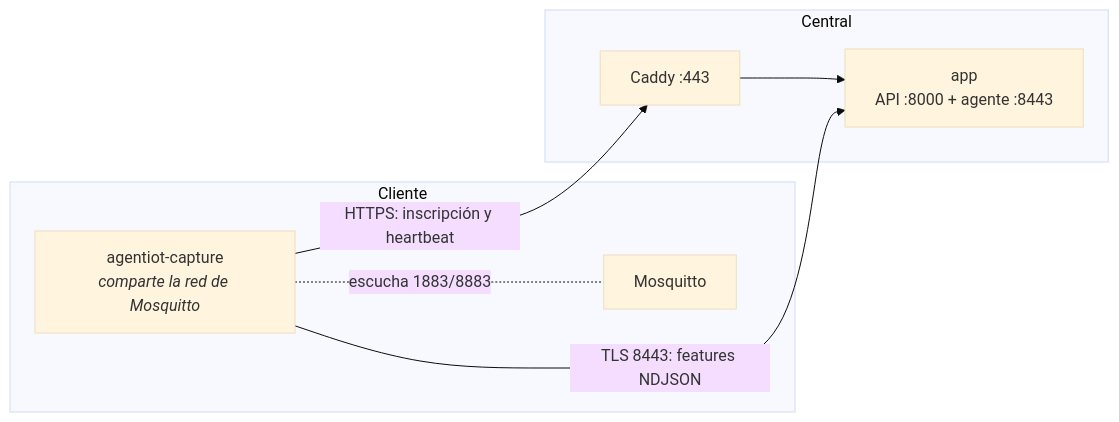
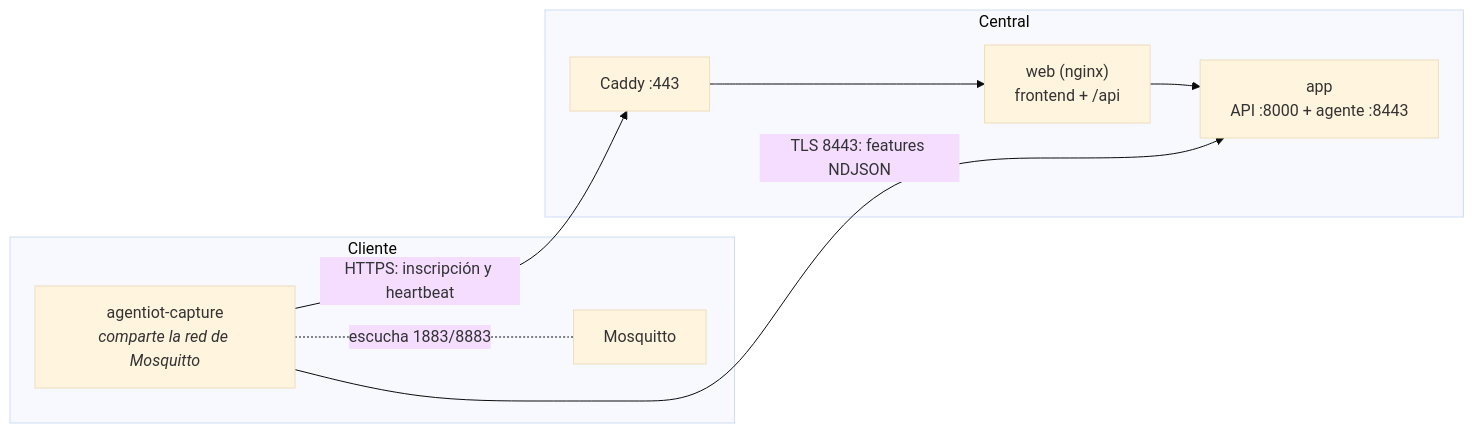
One commit to AlejandroPenagos84/Agent_IoT changed the diagram in deploy/README.md. Above: the diagram before and after it, drawn with Mermaid (base theme). The commit also changed other lines of this file and 6 other files, not shown here.

Commit message:
feat: add nginx proxy serving the frontend and /api

````diff
--- a/deploy/README.md
+++ b/deploy/README.md
@@ -10,15 +10,16 @@
 ```mermaid
 flowchart LR
     subgraph CLIENTE["Cliente"]
         M["Mosquitto"]
         CAP["agentiot-capture<br/><i>comparte la red de Mosquitto</i>"]
         CAP -. "escucha 1883/8883" .- M
     end
     subgraph CENTRAL["Central"]
         CADDY["Caddy :443"]
+        WEB["web (nginx)<br/>frontend + /api"]
         APP["app<br/>API :8000 + agente :8443"]
-        CADDY --> APP
+        CADDY --> WEB --> APP
     end
     CAP -- "HTTPS: inscripción y heartbeat" --> CADDY
     CAP -- "TLS 8443: features NDJSON" --> APP
 ```
````
